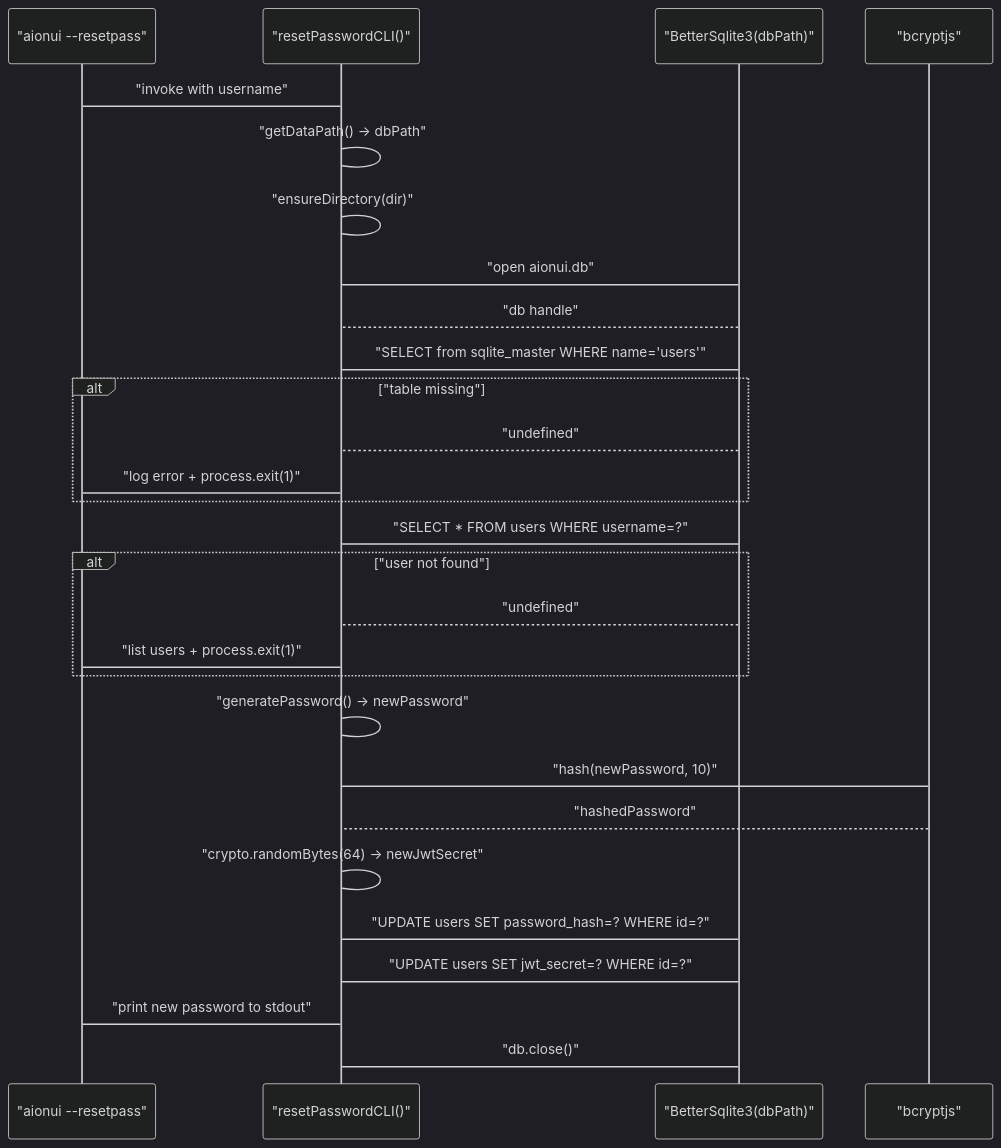
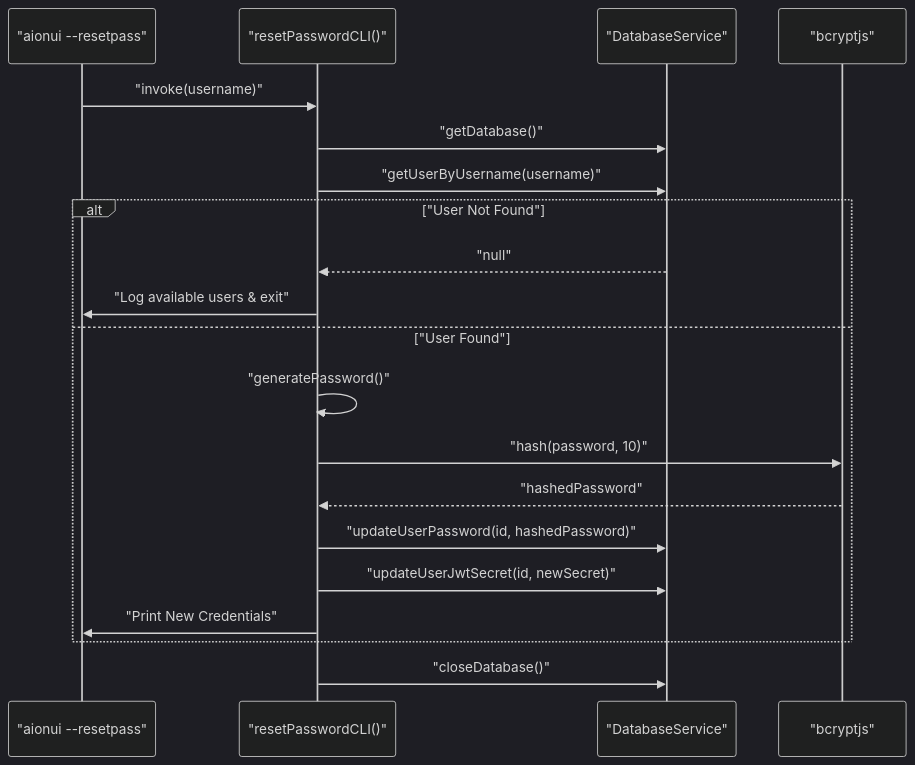
The first of 2 diagrams in docs/iOfficeAI_AionUi/cli-utilities.md (blackcater/zentree), drawn with Mermaid (dark theme) before and after one commit. The commit also changed other lines of this file and 232 other files, not shown here.

````diff
--- a/docs/iOfficeAI_AionUi/cli-utilities.md
+++ b/docs/iOfficeAI_AionUi/cli-utilities.md
@@ -169,31 +91,23 @@
 ```mermaid
 sequenceDiagram
-    participant "CLI" as "aionui --resetpass"
-    participant "resetPasswordCLI" as "resetPasswordCLI()"
-    participant "BetterSqlite3" as "BetterSqlite3(dbPath)"
-    participant "bcrypt" as "bcryptjs"
+    participant CLI as "aionui --resetpass"
+    participant RPC as "resetPasswordCLI()"
+    participant DB as "DatabaseService"
+    participant BC as "bcryptjs"
 
-    "CLI"->"resetPasswordCLI": "invoke with username"
-    "resetPasswordCLI"->"resetPasswordCLI": "getDataPath() → dbPath"
-    "resetPasswordCLI"->"resetPasswordCLI": "ensureDirectory(dir)"
-    "resetPasswordCLI"->"BetterSqlite3": "open aionui.db"
-    "BetterSqlite3"-->"resetPasswordCLI": "db handle"
-    "resetPasswordCLI"->"BetterSqlite3": "SELECT from sqlite_master WHERE name='users'"
-    alt "table missing"
-        "BetterSqlite3"-->"resetPasswordCLI": "undefined"
-        "resetPasswordCLI"->"CLI": "log error + process.exit(1)"
+    CLI->>RPC: "invoke(username)"
+    RPC->>DB: "getDatabase()"
+    RPC->>DB: "getUserByUsername(username)"
+    alt "User Not Found"
+        DB-->>RPC: "null"
+        RPC->>CLI: "Log available users & exit"
+    else "User Found"
+        RPC->>RPC: "generatePassword()"
+        RPC->>BC: "hash(password, 10)"
+        BC-->>RPC: "hashedPassword"
+        RPC->>DB: "updateUserPassword(id, hashedPassword)"
+        RPC->>DB: "updateUserJwtSecret(id, newSecret)"
+        RPC->>CLI: "Print New Credentials"
     end
-    "resetPasswordCLI"->"BetterSqlite3": "SELECT * FROM users WHERE username=?"
-    alt "user not found"
-        "BetterSqlite3"-->"resetPasswordCLI": "undefined"
-        "resetPasswordCLI"->"CLI": "list users + process.exit(1)"
-    end
-    "resetPasswordCLI"->"resetPasswordCLI": "generatePassword() → newPassword"
-    "resetPasswordCLI"->"bcrypt": "hash(newPassword, 10)"
-    "bcrypt"-->"resetPasswordCLI": "hashedPassword"
-    "resetPasswordCLI"->"resetPasswordCLI": "crypto.randomBytes(64) → newJwtSecret"
-    "resetPasswordCLI"->"BetterSqlite3": "UPDATE users SET password_hash=? WHERE id=?"
-    "resetPasswordCLI"->"BetterSqlite3": "UPDATE users SET jwt_secret=? WHERE id=?"
-    "resetPasswordCLI"->"CLI": "print new password to stdout"
-    "resetPasswordCLI"->"BetterSqlite3": "db.close()"
+    RPC->>DB: "closeDatabase()"
 ```
````
